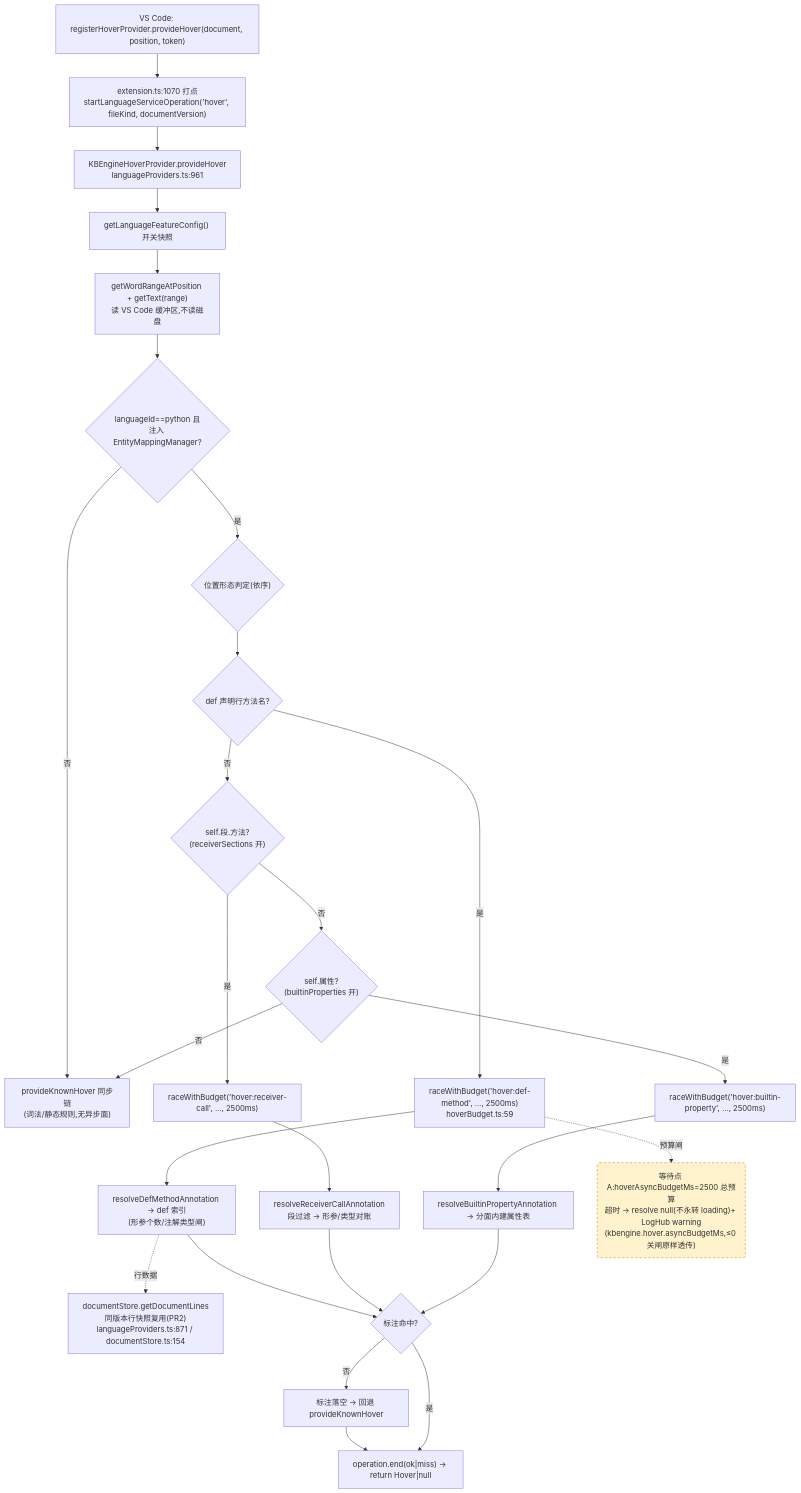
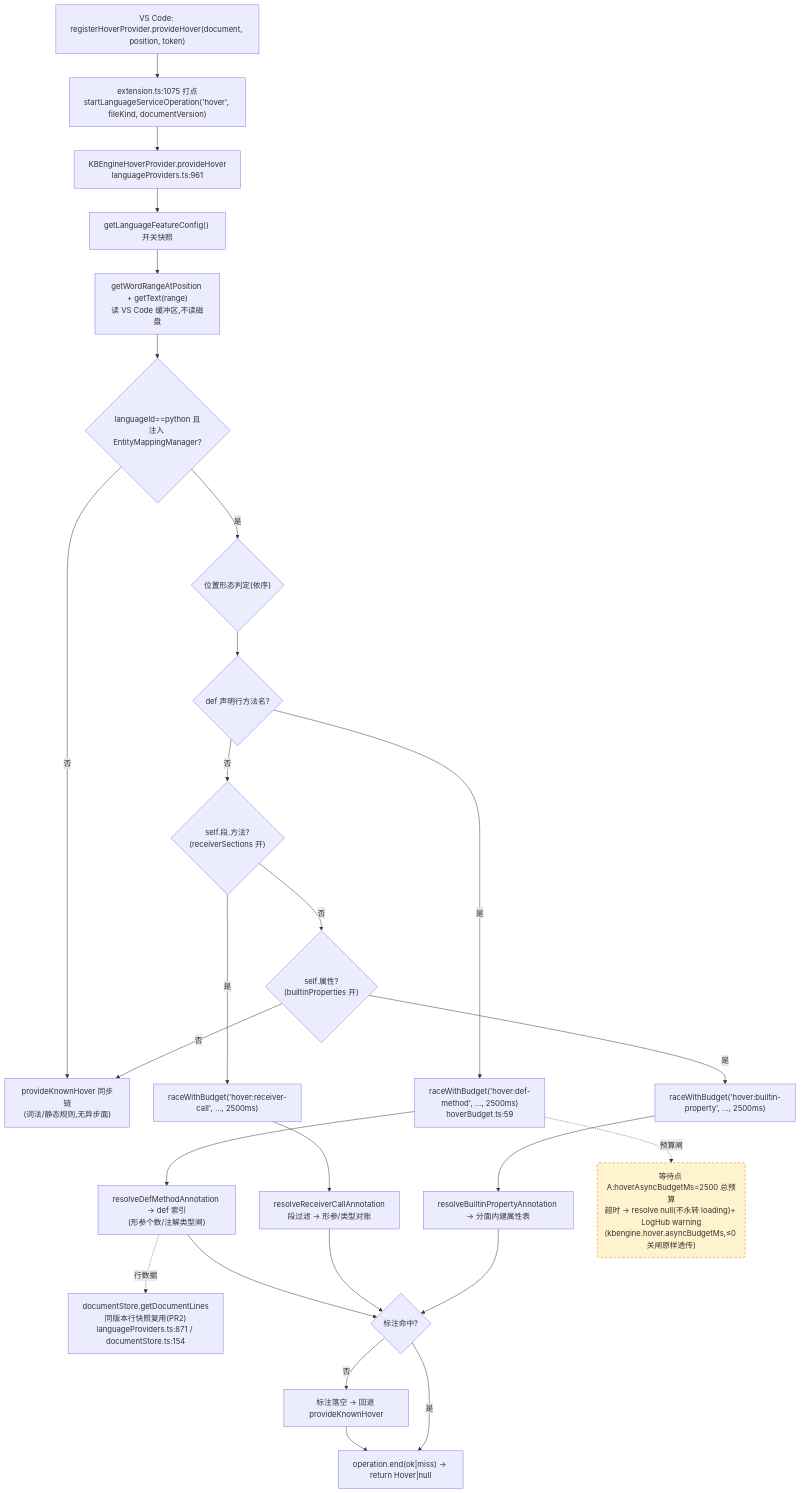
One commit to cuihairu/kode changed the first of 4 diagrams in docs/perf/2026-baseline.md. Above: the diagram before and after it, drawn with Mermaid. The commit also changed other lines of this file and 16 other files, not shown here.

````diff
--- a/docs/perf/2026-baseline.md
+++ b/docs/perf/2026-baseline.md
@@ -82,45 +82,45 @@
 ```mermaid
 flowchart TD
   VC1["VS Code: registerHoverProvider.provideHover(document, position, token)"]
-  M1["extension.ts:1070 打点<br/>startLanguageServiceOperation('hover', fileKind, documentVersion)"]
+  M1["extension.ts:1075 打点<br/>startLanguageServiceOperation('hover', fileKind, documentVersion)"]
   HP["KBEngineHoverProvider.provideHover<br/>languageProviders.ts:961"]
   CFG["getLanguageFeatureConfig() 开关快照"]
   WORD["getWordRangeAtPosition + getText(range)<br/>读 VS Code 缓冲区,不读磁盘"]
   BR{"languageId==python 且<br/>注入 EntityMappingManager?"}
   KN["provideKnownHover 同步链<br/>(词法/静态规则,无异步面)"]
   POS{"位置形态判定(依序)"}
   D1{"def 声明行方法名?"}
   D2{"self.段.方法?<br/>(receiverSections 开)"}
   D3{"self.属性?<br/>(builtinProperties 开)"}
   RA1["raceWithBudget('hover:def-method', …, 2500ms)<br/>hoverBudget.ts:59"]
   RA2["raceWithBudget('hover:receiver-call', …, 2500ms)"]
   RA3["raceWithBudget('hover:builtin-property', …, 2500ms)"]
   RS1["resolveDefMethodAnnotation → def 索引<br/>(形参个数/注解类型闸)"]
   RS2["resolveReceiverCallAnnotation<br/>段过滤 → 形参/类型对账"]
   RS3["resolveBuiltinPropertyAnnotation → 分面内建属性表"]
   LINES["documentStore.getDocumentLines<br/>同版本行快照复用(PR2)<br/>languageProviders.ts:871 / documentStore.ts:154"]
   MISS["标注落空 → 回退 provideKnownHover"]
   END1["operation.end(ok|miss) → return Hover|null"]
 
   VC1 --> M1 --> HP --> CFG --> WORD --> BR
   BR -- "否" --> KN
   BR -- "是" --> POS --> D1
   D1 -- "是" --> RA1 --> RS1
   D1 -- "否" --> D2
   D2 -- "是" --> RA2 --> RS2
   D2 -- "否" --> D3
   D3 -- "是" --> RA3 --> RS3
   D3 -- "否" --> KN
   RS1 --> HIT{"标注命中?"}
   RS2 --> HIT
   RS3 --> HIT
   RS1 -.->|行数据| LINES
   HIT -- "否" --> MISS --> END1
   HIT -- "是" --> END1
 
   WAITA("等待点 A:hoverAsyncBudgetMs=2500 总预算<br/>超时 → resolve null(不永转 loading)+ LogHub warning<br/>(kbengine.hover.asyncBudgetMs,≤0 关闸原样透传)")
   RA1 -.->|预算闸| WAITA
 
   classDef waitPoint fill:#fff3cd,stroke:#d97706,stroke-dasharray:5 4;
   class WAITA waitPoint;
 ```
````
